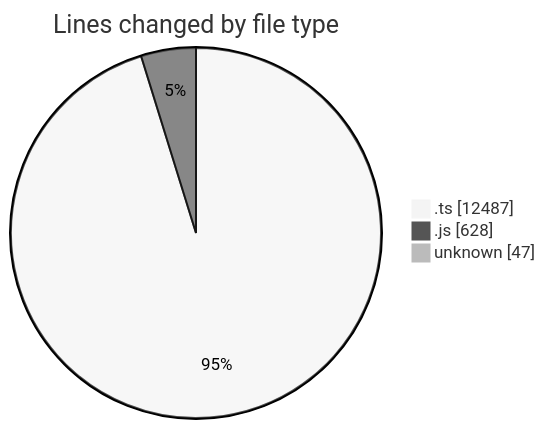
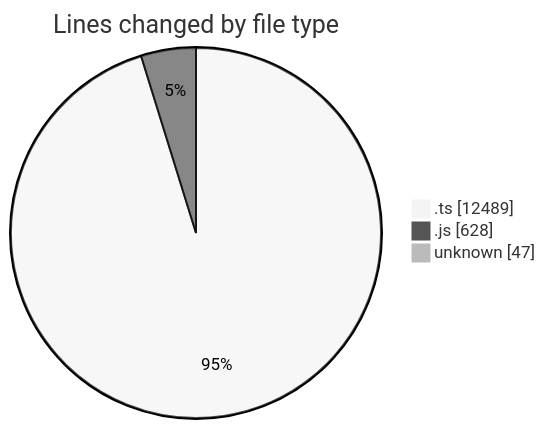
The first of 2 diagrams in 2025-09-05/cda/README.md (momahboobian/code-tracking), drawn with Mermaid (neutral theme) before and after one commit. The commit also changed other lines of this file and 1 other file, not shown here.

````diff
--- a/2025-09-05/cda/README.md
+++ b/2025-09-05/cda/README.md
@@ -25,7 +25,7 @@
 ```mermaid
 pie showData
 title Lines changed by file type
-".ts" : 12487
+".ts" : 12489
 ".js" : 628
 "unknown" : 47
 ```
````
